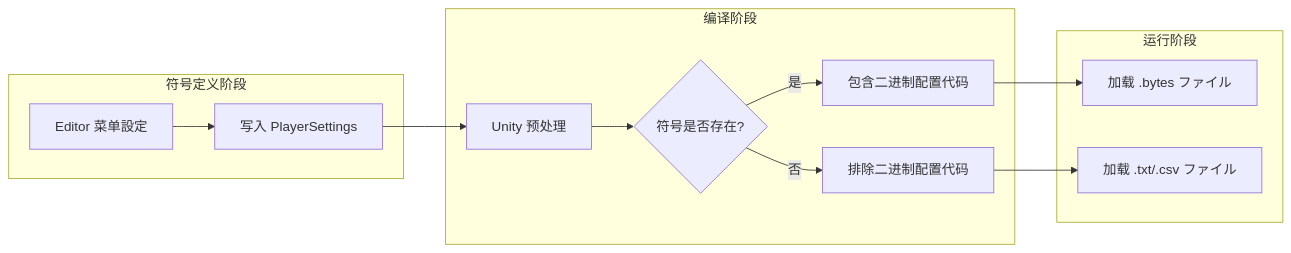
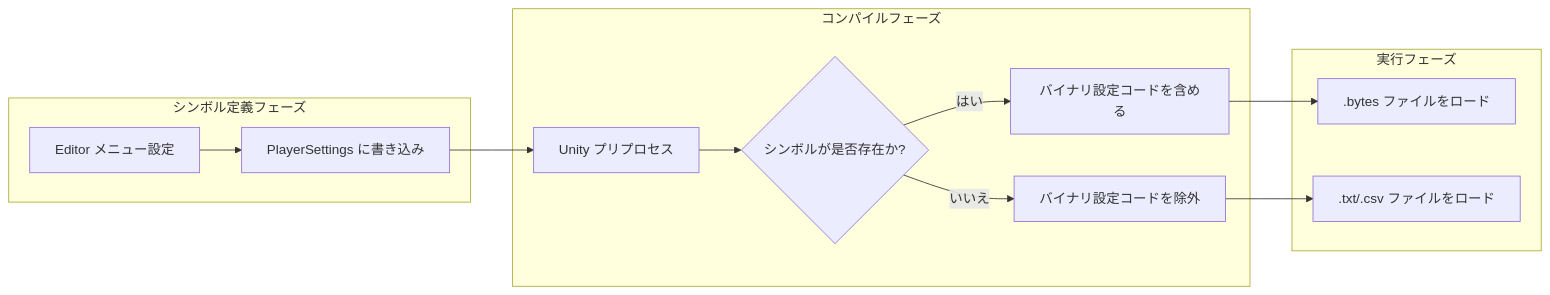
The second of 2 diagrams in docs/ja/client/unity/component/config/13.scripting-define-symbols.md (AlianBlank/GameFrameX.Docs), drawn with Mermaid before and after one commit. The commit also changed other lines of this file and 320 other files, not shown here.

````diff
--- a/docs/ja/client/unity/component/config/13.scripting-define-symbols.md
+++ b/docs/ja/client/unity/component/config/13.scripting-define-symbols.md
@@ -55,18 +55,18 @@
 ```mermaid
 flowchart LR
-    subgraph 定义["符号定义阶段"]
-        D1[Editor 菜单設定] --> D2[写入 PlayerSettings]
+    subgraph 定義["シンボル定義フェーズ"]
+        D1[Editor メニュー設定] --> D2[PlayerSettings に書き込み]
     end
 
-    subgraph 编译["编译阶段"]
-        D2 --> C1[Unity 预处理]
-        C1 --> C2{符号是否存在?}
-        C2 -->|是| C3[包含二进制配置代码]
-        C2 -->|否| C4[排除二进制配置代码]
+    subgraph コンパイル["コンパイルフェーズ"]
+        D2 --> C1[Unity プリプロセス]
+        C1 --> C2{シンボルが是否存在か?}
+        C2 -->|はい| C3[バイナリ設定コードを含める]
+        C2 -->|いいえ| C4[バイナリ設定コードを除外]
     end
 
-    subgraph 运行["运行阶段"]
-        C3 --> R1[加载 .bytes ファイル]
-        C4 --> R2[加载 .txt/.csv ファイル]
+    subgraph 実行["実行フェーズ"]
+        C3 --> R1[.bytes ファイルをロード]
+        C4 --> R2[.txt/.csv ファイルをロード]
     end
 ```
````
